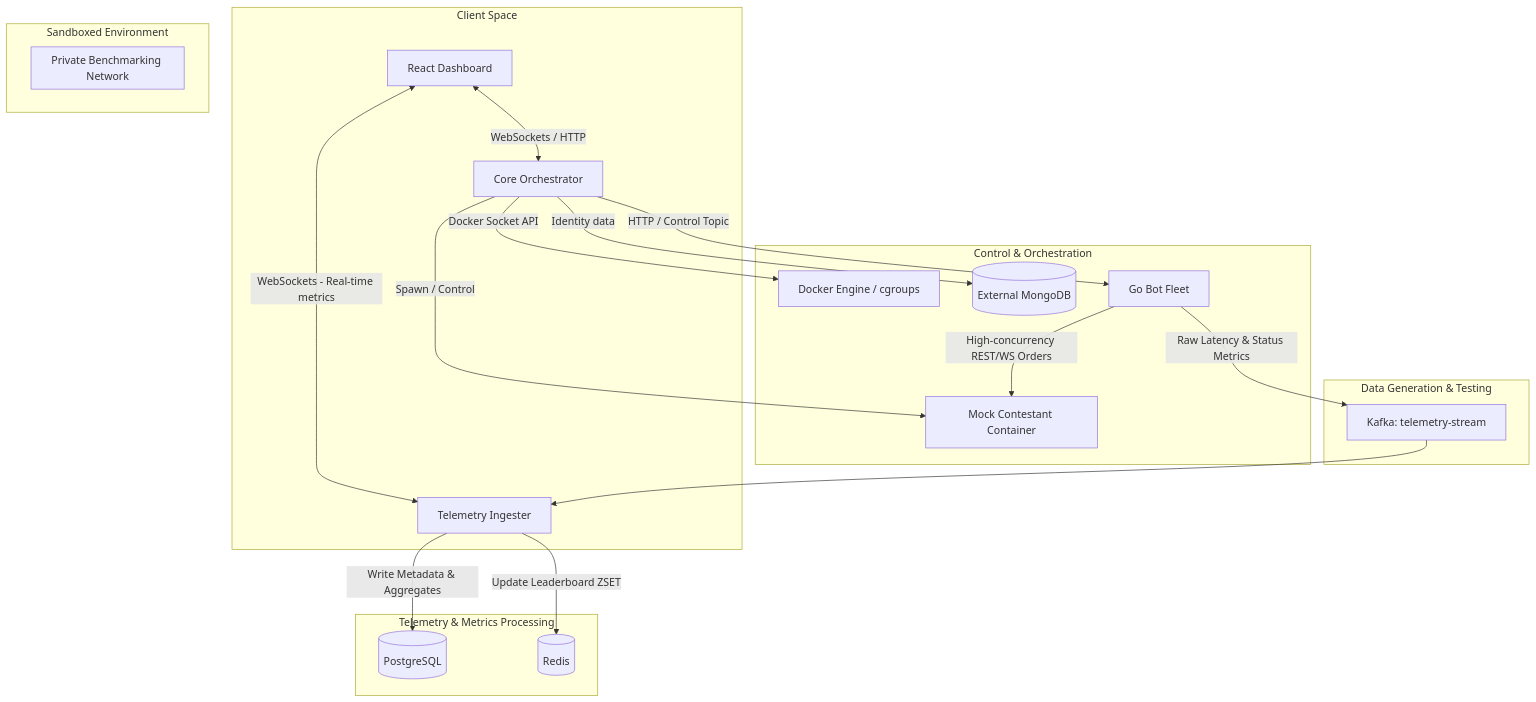
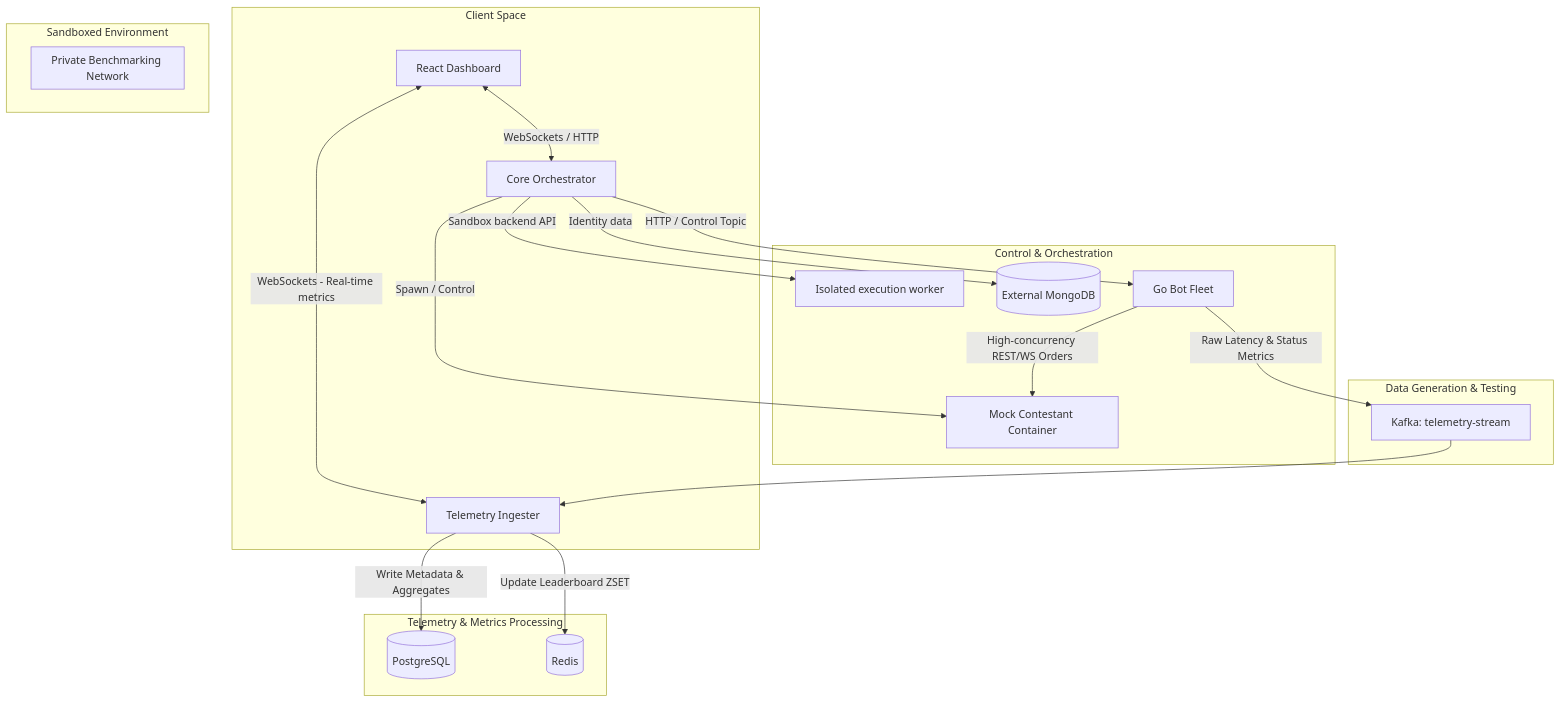
Before and after one commit to Shrivalkumar/Benchmarking-Engine: the diagram in README.md, drawn with Mermaid. The commit also changed other lines of this file and 8 other files, not shown here.

Commit message:
security: isolate Docker access to local backend

````diff
--- a/README.md
+++ b/README.md
@@ -10,31 +10,31 @@
 ```mermaid
 flowchart TD
     subgraph Client Space
         FD[React Dashboard] <--> |WebSockets / HTTP| CO[Core Orchestrator]
         FD <--> |WebSockets - Real-time metrics| TI[Telemetry Ingester]
     end
 
     subgraph Control & Orchestration
-    CO --> |Docker Socket API| CD[Docker Engine / cgroups]
+    CO --> |Sandbox backend API| CD[Isolated execution worker]
     CO --> |Identity data| MG[(External MongoDB)]
         CO --> |Spawn / Control| MC[Mock Contestant Container]
         CO --> |HTTP / Control Topic| BF[Go Bot Fleet]
     end
 
     subgraph Sandboxed Environment
         subgraph Private Benchmarking Network
             MC
         end
     end
 
     subgraph Data Generation & Testing
         BF --> |High-concurrency REST/WS Orders| MC
         BF --> |Raw Latency & Status Metrics| K_TS[Kafka: telemetry-stream]
     end
 
     subgraph Telemetry & Metrics Processing
         K_TS --> TI
         TI --> |Write Metadata & Aggregates| PG[(PostgreSQL)]
         TI --> |Update Leaderboard ZSET| RD[(Redis)]
     end
 ```
````
